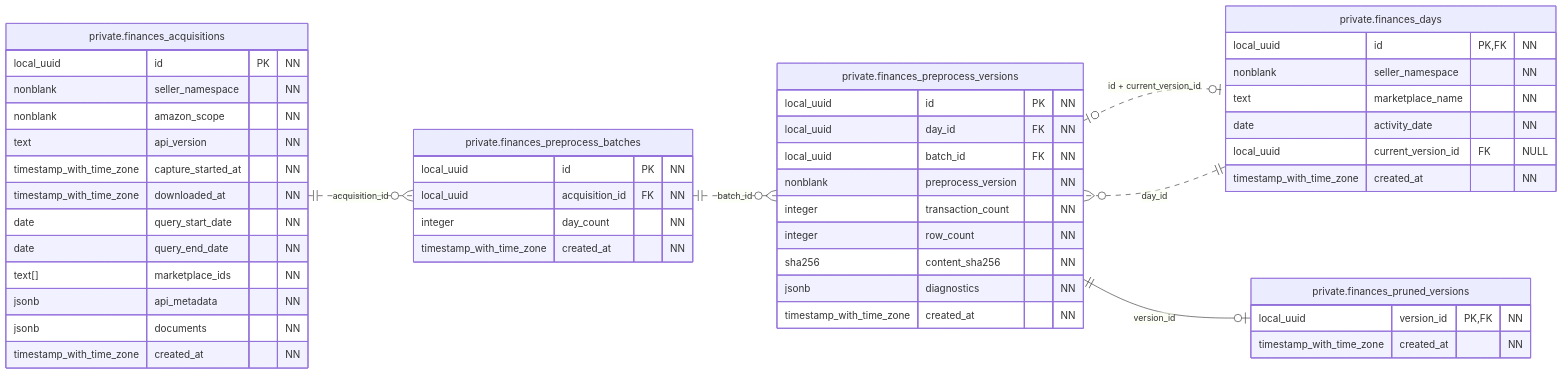
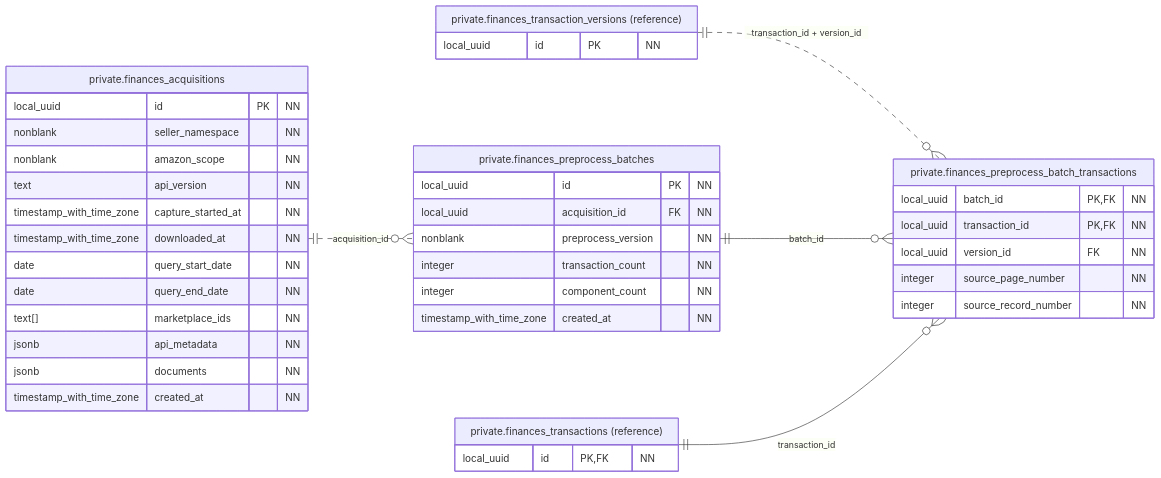
The diagram in docs/figures/database/03-finances-observations.mmd (qwercxzsda/A-SelBox), drawn with Mermaid before and after one commit. The commit also changed 192 other files, not shown here.

```diff
--- a/docs/figures/database/03-finances-observations.mmd
+++ b/docs/figures/database/03-finances-observations.mmd
@@ -1,55 +1,46 @@
 erDiagram
     direction LR
-    private_finances_preprocess_versions o|..o| private_finances_days : "id + current_version_id"
     private_finances_acquisitions ||..o{ private_finances_preprocess_batches : "acquisition_id"
-    private_finances_preprocess_batches ||..o{ private_finances_preprocess_versions : "batch_id"
-    private_finances_days ||..o{ private_finances_preprocess_versions : "day_id"
-    private_finances_preprocess_versions ||--o| private_finances_pruned_versions : "version_id"
+    private_finances_transaction_versions ||..o{ private_finances_preprocess_batch_transactions : "transaction_id + version_id"
+    private_finances_preprocess_batches ||--o{ private_finances_preprocess_batch_transactions : "batch_id"
+    private_finances_transactions ||--o{ private_finances_preprocess_batch_transactions : "transaction_id"
 
     private_finances_acquisitions["private.finances_acquisitions"] {
         local_uuid id PK "NN"
         nonblank seller_namespace "NN"
         nonblank amazon_scope "NN"
         text api_version "NN"
         timestamp_with_time_zone capture_started_at "NN"
         timestamp_with_time_zone downloaded_at "NN"
         date query_start_date "NN"
         date query_end_date "NN"
         text[] marketplace_ids "NN"
         jsonb api_metadata "NN"
         jsonb documents "NN"
         timestamp_with_time_zone created_at "NN"
     }
 
-    private_finances_days["private.finances_days"] {
-        local_uuid id PK, FK "NN"
-        nonblank seller_namespace "NN"
-        text marketplace_name "NN"
-        date activity_date "NN"
-        local_uuid current_version_id FK "NULL"
+    private_finances_preprocess_batches["private.finances_preprocess_batches"] {
+        local_uuid id PK "NN"
+        local_uuid acquisition_id FK "NN"
+        nonblank preprocess_version "NN"
+        integer transaction_count "NN"
+        integer component_count "NN"
         timestamp_with_time_zone created_at "NN"
     }
 
-    private_finances_preprocess_batches["private.finances_preprocess_batches"] {
-        local_uuid id PK "NN"
-        local_uuid acquisition_id FK "NN"
-        integer day_count "NN"
-        timestamp_with_time_zone created_at "NN"
+    private_finances_preprocess_batch_transactions["private.finances_preprocess_batch_transactions"] {
+        local_uuid batch_id PK, FK "NN"
+        local_uuid transaction_id PK, FK "NN"
+        local_uuid version_id FK "NN"
+        integer source_page_number "NN"
+        integer source_record_number "NN"
     }
 
-    private_finances_preprocess_versions["private.finances_preprocess_versions"] {
+    private_finances_transaction_versions["private.finances_transaction_versions (reference)"] {
         local_uuid id PK "NN"
-        local_uuid day_id FK "NN"
-        local_uuid batch_id FK "NN"
-        nonblank preprocess_version "NN"
-        integer transaction_count "NN"
-        integer row_count "NN"
-        sha256 content_sha256 "NN"
-        jsonb diagnostics "NN"
-        timestamp_with_time_zone created_at "NN"
     }
 
-    private_finances_pruned_versions["private.finances_pruned_versions"] {
-        local_uuid version_id PK, FK "NN"
-        timestamp_with_time_zone created_at "NN"
+    private_finances_transactions["private.finances_transactions (reference)"] {
+        local_uuid id PK, FK "NN"
     }
```
